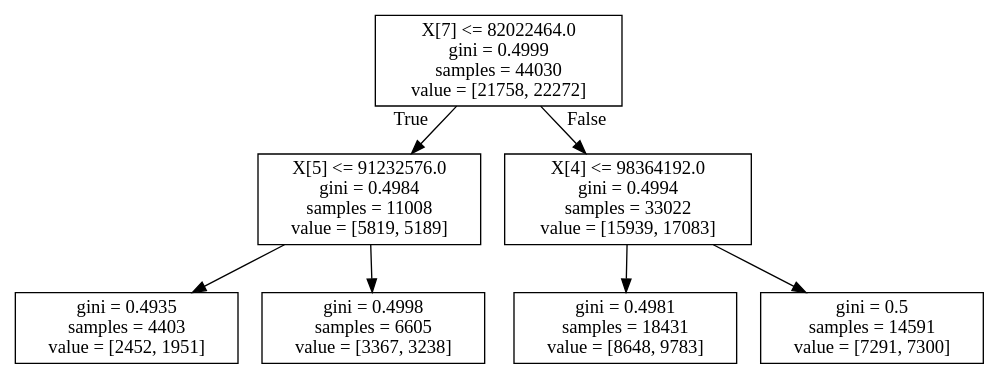
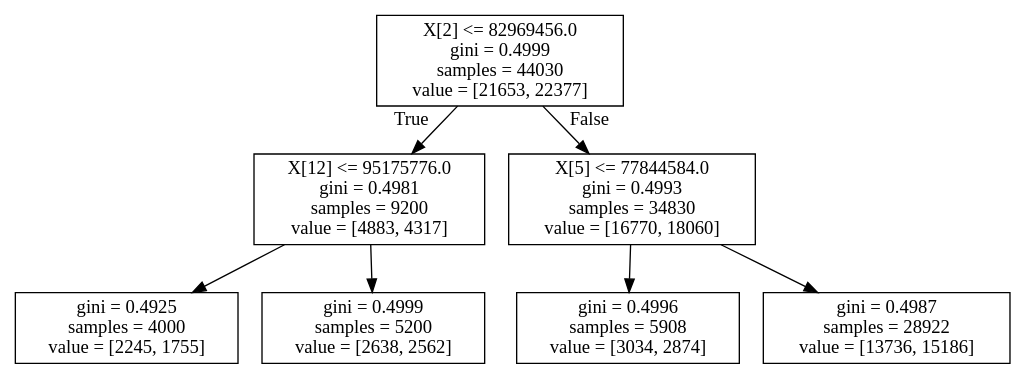
The diagram in ClassificationTrees/singleClassifTreeWithDepth2.dot (maupardh/Numerai), drawn with Graphviz before and after one commit. The commit also changed 31 other files, not shown here.

```diff
--- a/ClassificationTrees/singleClassifTreeWithDepth2.dot
+++ b/ClassificationTrees/singleClassifTreeWithDepth2.dot
@@ -1,16 +1,16 @@
 digraph Tree {
 node [shape=box] ;
-0 [label="X[7] <= 82022464.0\ngini = 0.4999\nsamples = 44030\nvalue = [21758, 22272]"] ;
-1 [label="X[5] <= 91232576.0\ngini = 0.4984\nsamples = 11008\nvalue = [5819, 5189]"] ;
+0 [label="X[2] <= 82969456.0\ngini = 0.4999\nsamples = 44030\nvalue = [21653, 22377]"] ;
+1 [label="X[12] <= 95175776.0\ngini = 0.4981\nsamples = 9200\nvalue = [4883, 4317]"] ;
 0 -> 1 [labeldistance=2.5, labelangle=45, headlabel="True"] ;
-2 [label="gini = 0.4935\nsamples = 4403\nvalue = [2452, 1951]"] ;
+2 [label="gini = 0.4925\nsamples = 4000\nvalue = [2245, 1755]"] ;
 1 -> 2 ;
-3 [label="gini = 0.4998\nsamples = 6605\nvalue = [3367, 3238]"] ;
+3 [label="gini = 0.4999\nsamples = 5200\nvalue = [2638, 2562]"] ;
 1 -> 3 ;
-4 [label="X[4] <= 98364192.0\ngini = 0.4994\nsamples = 33022\nvalue = [15939, 17083]"] ;
+4 [label="X[5] <= 77844584.0\ngini = 0.4993\nsamples = 34830\nvalue = [16770, 18060]"] ;
 0 -> 4 [labeldistance=2.5, labelangle=-45, headlabel="False"] ;
-5 [label="gini = 0.4981\nsamples = 18431\nvalue = [8648, 9783]"] ;
+5 [label="gini = 0.4996\nsamples = 5908\nvalue = [3034, 2874]"] ;
 4 -> 5 ;
-6 [label="gini = 0.5\nsamples = 14591\nvalue = [7291, 7300]"] ;
+6 [label="gini = 0.4987\nsamples = 28922\nvalue = [13736, 15186]"] ;
 4 -> 6 ;
 }
```
